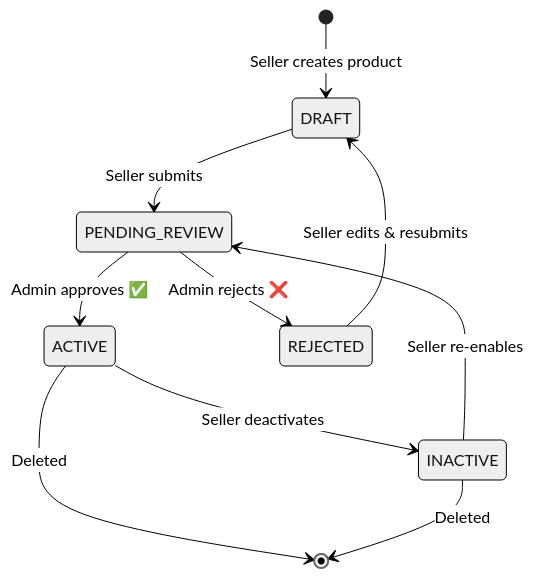
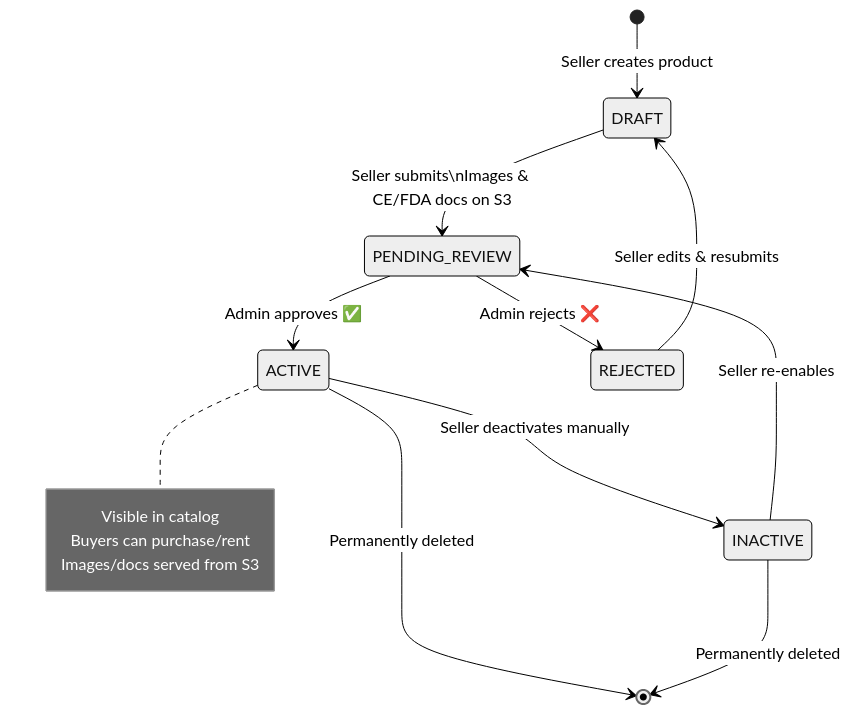
The third of 10 diagrams in diagrams/03_state_machine_diagram.md (tayeb736/prohect12), drawn with Mermaid (neutral theme) before and after one commit. The commit also changed other lines of this file and 7 other files, not shown here.

Commit message:
docs: update all UML diagrams — add PostgreSQL, Redis, S3, Stripe, SendGrid, KYC, Swagger per readme2 & README3

````diff
--- a/diagrams/03_state_machine_diagram.md
+++ b/diagrams/03_state_machine_diagram.md
@@ -38,13 +56,18 @@
 ```mermaid
 stateDiagram-v2
   direction TB
   [*] --> DRAFT : Seller creates product
-  DRAFT --> PENDING_REVIEW : Seller submits
+  DRAFT --> PENDING_REVIEW : Seller submits\nImages & CE/FDA docs on S3
   PENDING_REVIEW --> ACTIVE : Admin approves ✅
   PENDING_REVIEW --> REJECTED : Admin rejects ❌
   REJECTED --> DRAFT : Seller edits & resubmits
-  ACTIVE --> INACTIVE : Seller deactivates
+  ACTIVE --> INACTIVE : Seller deactivates manually
   INACTIVE --> PENDING_REVIEW : Seller re-enables
-  ACTIVE --> [*] : Deleted
-  INACTIVE --> [*] : Deleted
+  ACTIVE --> [*] : Permanently deleted
+  INACTIVE --> [*] : Permanently deleted
+  note right of ACTIVE
+    Visible in catalog
+    Buyers can purchase/rent
+    Images/docs served from S3
+  end note
 ```
````
